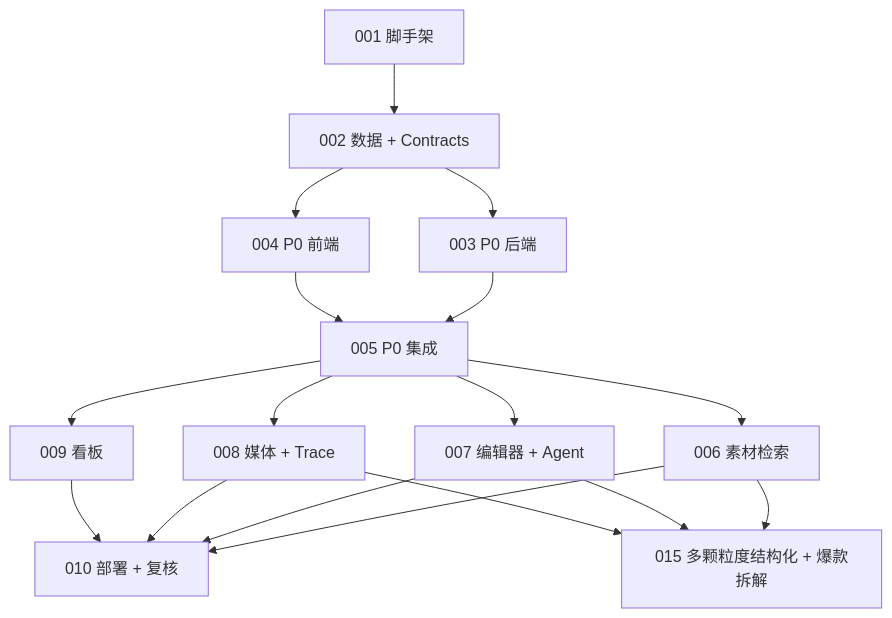
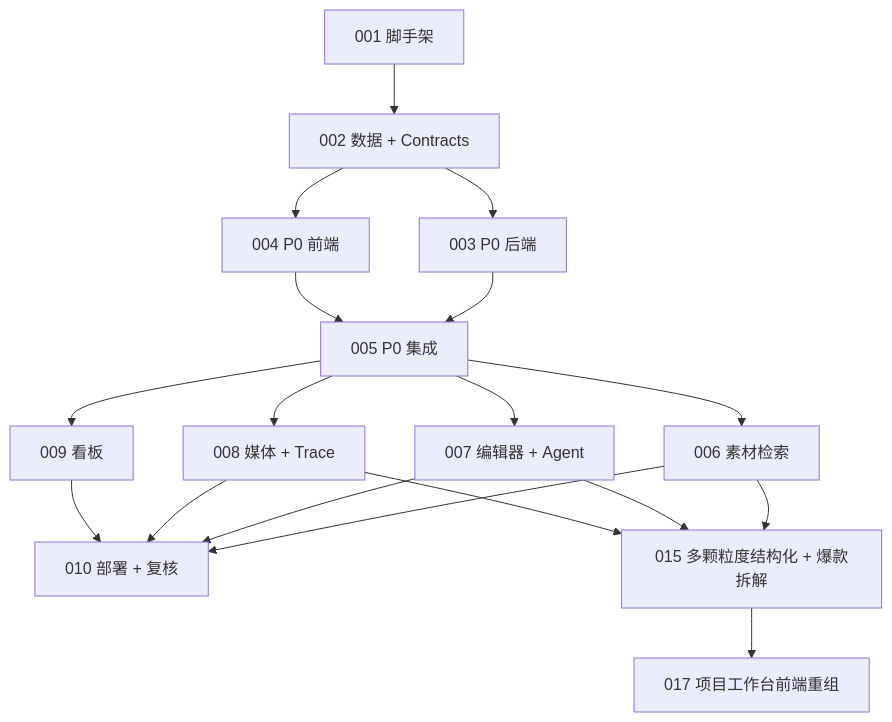
Before and after one commit to Jankin-Chen123/shopclip-ai: the diagram in projects/shopclip-ai/02-development-plan.md, drawn with Mermaid. The commit also changed other lines of this file and 7 other files, not shown here.

````diff
--- a/projects/shopclip-ai/02-development-plan.md
+++ b/projects/shopclip-ai/02-development-plan.md
@@ -106,19 +107,20 @@
 ```mermaid
 flowchart TD
   P001["001 脚手架"] --> P002["002 数据 + Contracts"]
   P002 --> P003["003 P0 后端"]
   P002 --> P004["004 P0 前端"]
   P003 --> P005["005 P0 集成"]
   P004 --> P005
   P005 --> P006["006 素材检索"]
   P005 --> P007["007 编辑器 + Agent"]
   P005 --> P008["008 媒体 + Trace"]
   P005 --> P009["009 看板"]
   P006 --> P010["010 部署 + 复核"]
   P007 --> P010
   P008 --> P010
   P009 --> P010
   P006 --> P015["015 多颗粒度结构化 + 爆款拆解"]
   P007 --> P015
   P008 --> P015
+  P015 --> P017["017 项目工作台前端重组"]
 ```
````
